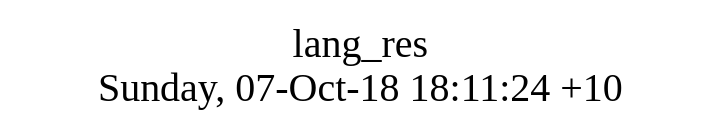
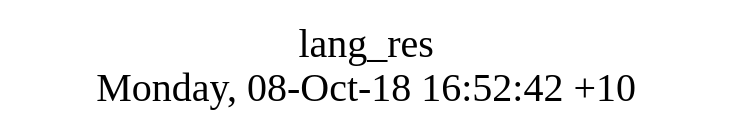
One commit to AplaProject/apps changed the diagram in src/lang_res/struct.dot. Above: the diagram before and after it, drawn with Graphviz. The commit also changed 6 other files, not shown here.

```diff
--- a/src/lang_res/struct.dot
+++ b/src/lang_res/struct.dot
@@ -1,8 +1,8 @@
 digraph G {
 fontsize="24";
-label="lang_res\nSunday, 07-Oct-18 18:11:24 +10";
+label="lang_res\nMonday, 08-Oct-18 16:52:42 +10";
 nojustify=true;
 ordering=out;
 rankdir=LR;
 size="30";
 }
```
